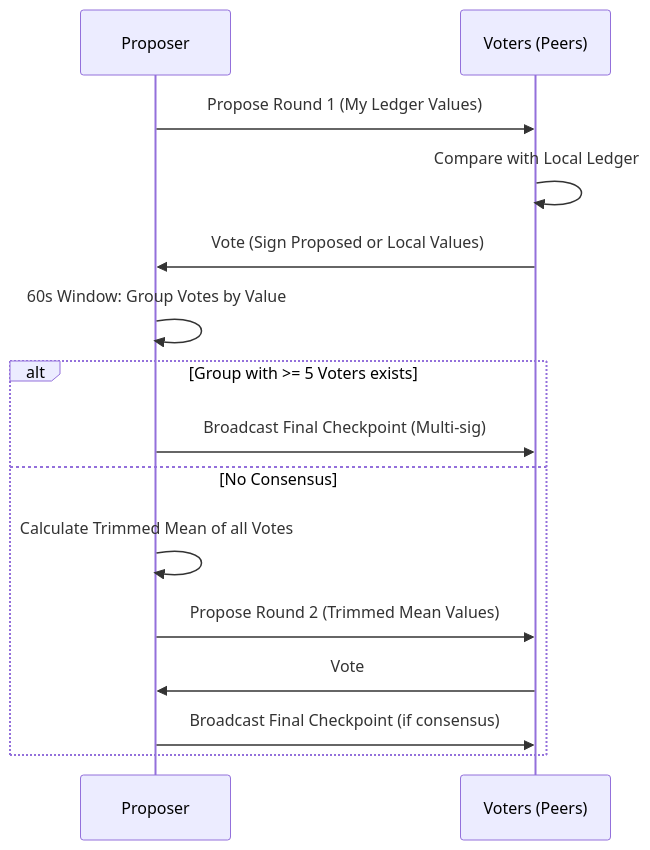
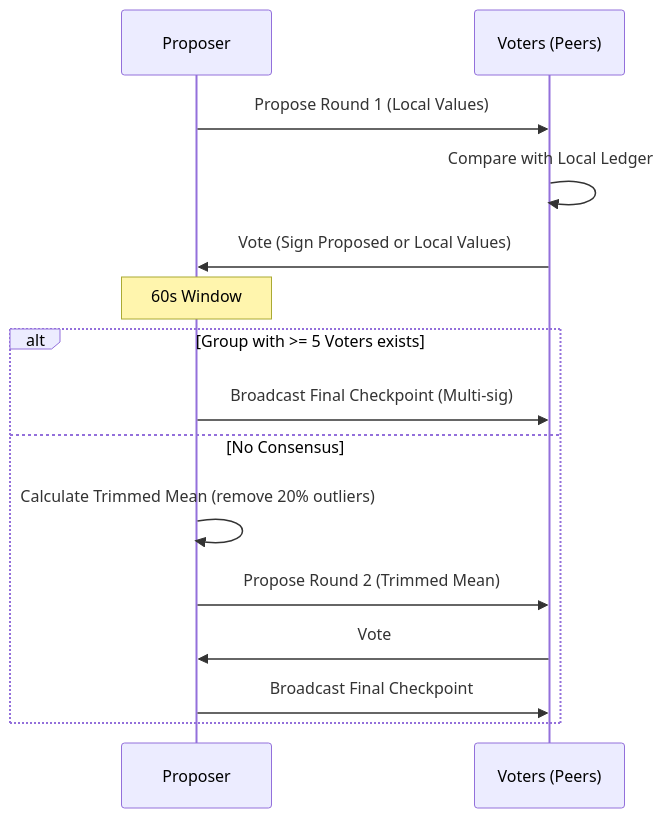
One commit to eljojo/nara changed the diagram in docs/src/content/docs/spec/checkpoints.md. Above: the diagram before and after it, drawn with Mermaid. The commit also changed other lines of this file and 25 other files, not shown here.

````diff
--- a/docs/src/content/docs/spec/checkpoints.md
+++ b/docs/src/content/docs/spec/checkpoints.md
@@ -76,17 +71,17 @@
 ```mermaid
 sequenceDiagram
     participant P as Proposer
     participant V as Voters (Peers)
-    P->>V: Propose Round 1 (My Ledger Values)
+    P->>V: Propose Round 1 (Local Values)
     V->>V: Compare with Local Ledger
     V->>P: Vote (Sign Proposed or Local Values)
-    P->>P: 60s Window: Group Votes by Value
+    Note over P: 60s Window
     alt Group with >= 5 Voters exists
         P->>V: Broadcast Final Checkpoint (Multi-sig)
     else No Consensus
-        P->>P: Calculate Trimmed Mean of all Votes
-        P->>V: Propose Round 2 (Trimmed Mean Values)
+        P->>P: Calculate Trimmed Mean (remove 20% outliers)
+        P->>V: Propose Round 2 (Trimmed Mean)
         V->>P: Vote
-        P->>V: Broadcast Final Checkpoint (if consensus)
+        P->>V: Broadcast Final Checkpoint
     end
 ```
````
